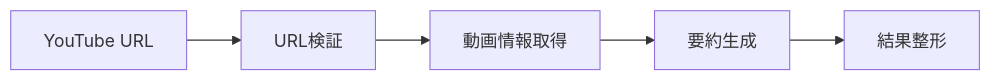
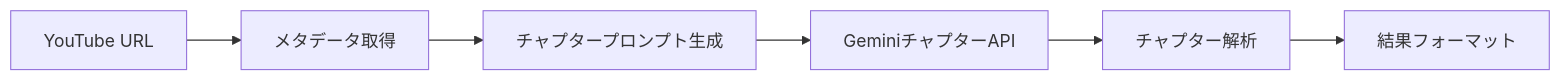
Before and after one commit to yutawtr1214/youtube-samalizer: the fourth of 4 diagrams in memory-bank/systemPatterns.md, drawn with Mermaid. The commit also changed other lines of this file and 11 other files, not shown here.

````diff
--- a/memory-bank/systemPatterns.md
+++ b/memory-bank/systemPatterns.md
@@ -141,7 +105,8 @@
 ```mermaid
 graph LR
-    URL[YouTube URL] --> Validate[URL検証]
-    Validate --> Fetch[動画情報取得]
-    Fetch --> Generate[要約生成]
-    Generate --> Format[結果整形]
+    URL[YouTube URL] --> Meta[メタデータ取得]
+    Meta --> Prompt[チャプタープロンプト生成]
+    Prompt --> GeminiChap[GeminiチャプターAPI]
+    GeminiChap --> ParseChap[チャプター解析]
+    ParseChap --> Format[結果フォーマット]
 ```
````
